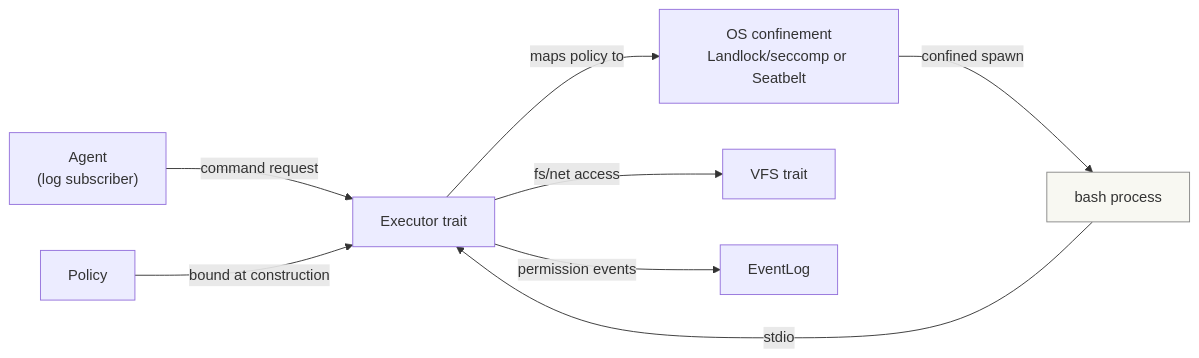
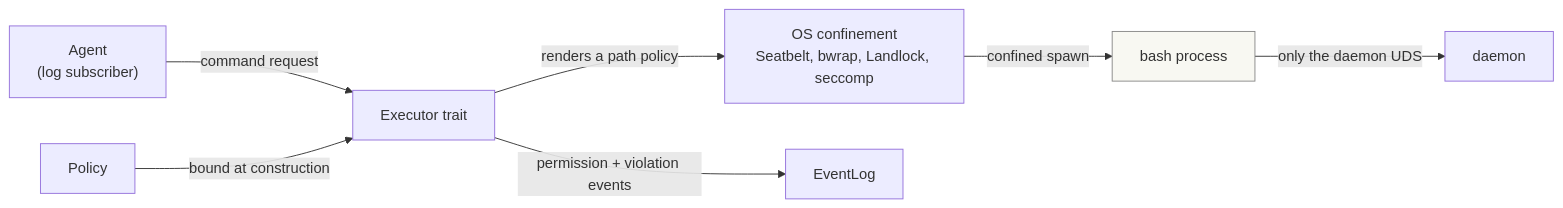
The diagram in docs/sandbox.md (mokmok-dev/agent), drawn with Mermaid before and after one commit. The commit also changed other lines of this file and 3 other files, not shown here.

````diff
--- a/docs/sandbox.md
+++ b/docs/sandbox.md
@@ -167,12 +206,11 @@
 ```mermaid
 flowchart LR
     A["Agent<br/>(log subscriber)"] -- "command request" --> E["Executor trait"]
     P["Policy"] -- "bound at construction" --> E
-    E -- "maps policy to" --> K["OS confinement<br/>Landlock/seccomp or Seatbelt"]
+    E -- "renders a path policy" --> K["OS confinement<br/>Seatbelt, bwrap, Landlock, seccomp"]
     K -- "confined spawn" --> B["bash process"]
-    B -- "stdio" --> E
-    E -- "fs/net access" --> V["VFS trait"]
-    E -- "permission events" --> B2["EventLog"]
+    B -- "only the daemon UDS" --> N["daemon"]
+    E -- "permission + violation events" --> L["EventLog"]
 
     style B fill:#f8f8f2,stroke:#888
 ```
````
